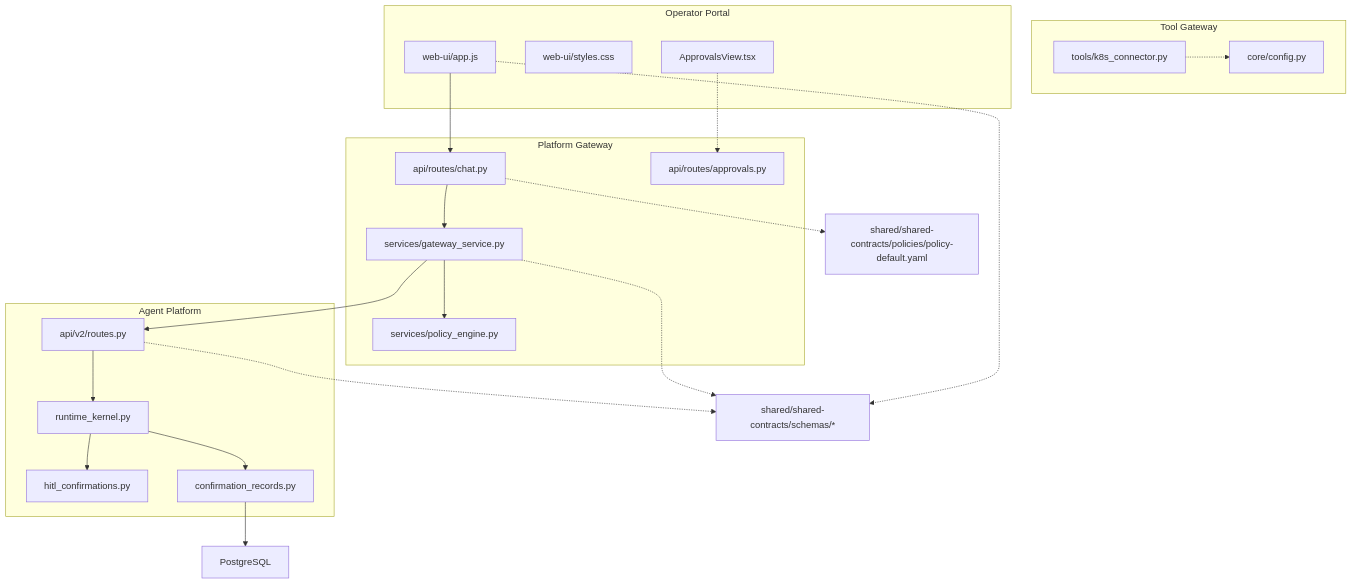
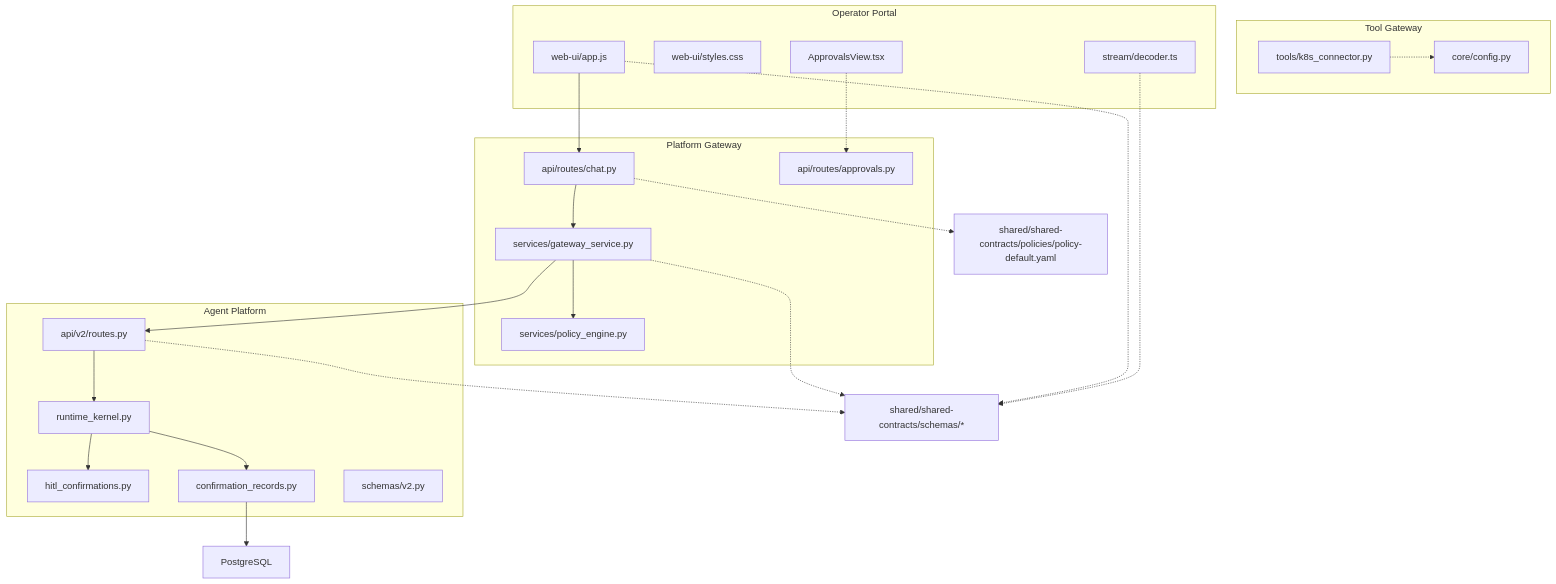
The first of 12 diagrams in .qoder/repowiki/en/content/Agent Platform Service/HITL Confirmation Bridging (SPEC-020).md (metasync/luban-aiops), drawn with Mermaid before and after one commit. The commit also changed other lines of this file and 11 other files, not shown here.

````diff
--- a/.qoder/repowiki/en/content/Agent Platform Service/HITL Confirmation Bridging (SPEC-020).md
+++ b/.qoder/repowiki/en/content/Agent Platform Service/HITL Confirmation Bridging (SPEC-020).md
@@ -87,41 +94,44 @@
 ```mermaid
 graph TB
 subgraph "Agent Platform"
 RK["runtime_kernel.py"]
 HC["hitl_confirmations.py"]
 CR["confirmation_records.py"]
 R2["api/v2/routes.py"]
+S2["schemas/v2.py"]
 end
 subgraph "Platform Gateway"
 GC["api/routes/chat.py"]
 GS["services/gateway_service.py"]
 PE["services/policy_engine.py"]
 AI["api/routes/approvals.py"]
 end
 subgraph "Tool Gateway"
 TG["tools/k8s_connector.py"]
 TC["core/config.py"]
 end
 subgraph "Operator Portal"
 PJ["web-ui/app.js"]
 PS["web-ui/styles.css"]
 AV["ApprovalsView.tsx"]
+DT["stream/decoder.ts"]
 end
 PG["PostgreSQL"]
 SC["shared/shared-contracts/schemas/*"]
 POL["shared/shared-contracts/policies/policy-default.yaml"]
 PJ --> GC
 GC --> GS
 GS --> PE
 GS --> R2
 R2 --> RK
 RK --> HC
 RK --> CR
 CR --> PG
 GC -.-> POL
 R2 -.-> SC
 GS -.-> SC
 PJ -.-> SC
+DT -.-> SC
 TG -.-> TC
 AV -.-> AI
 ```
````
